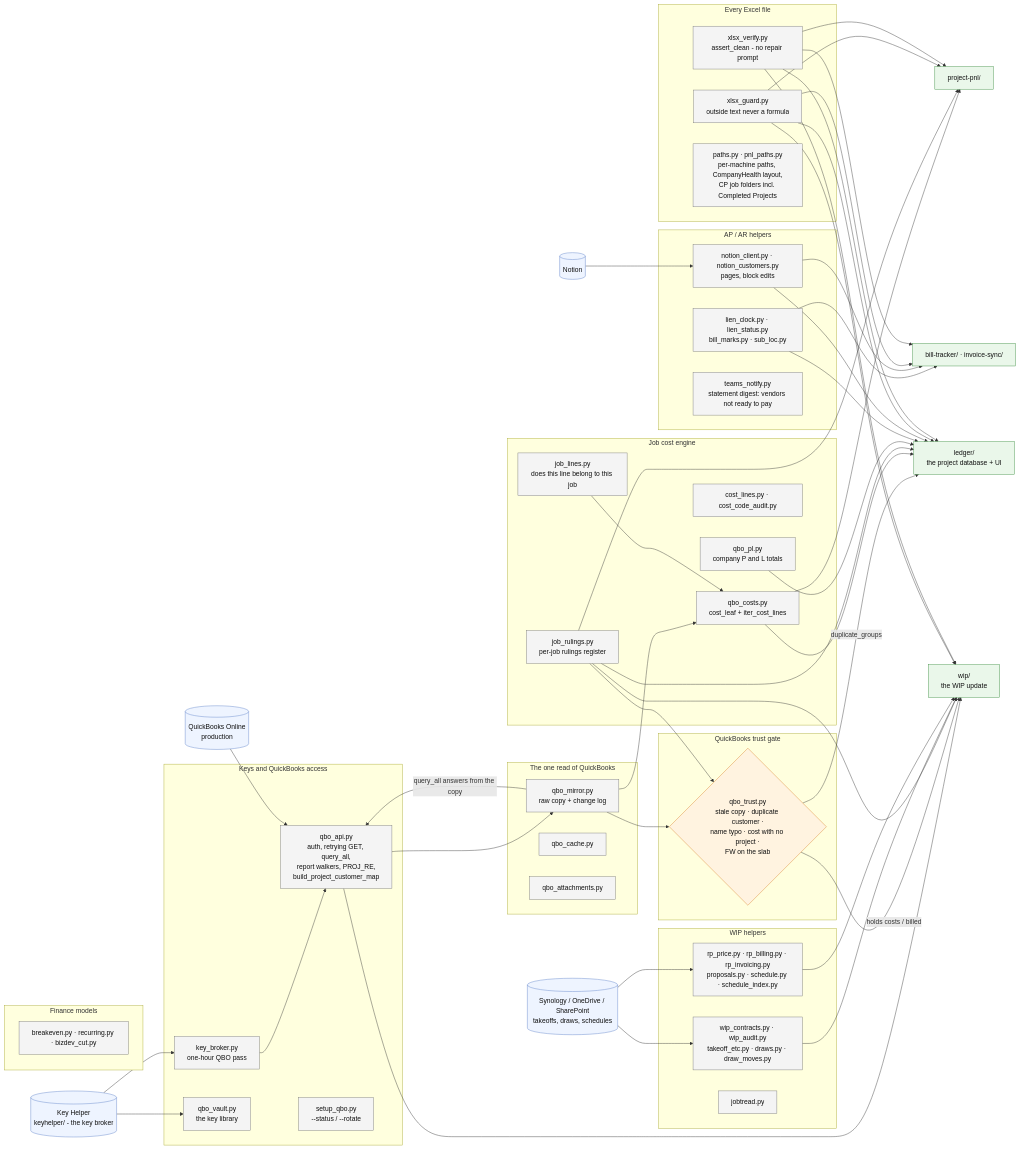
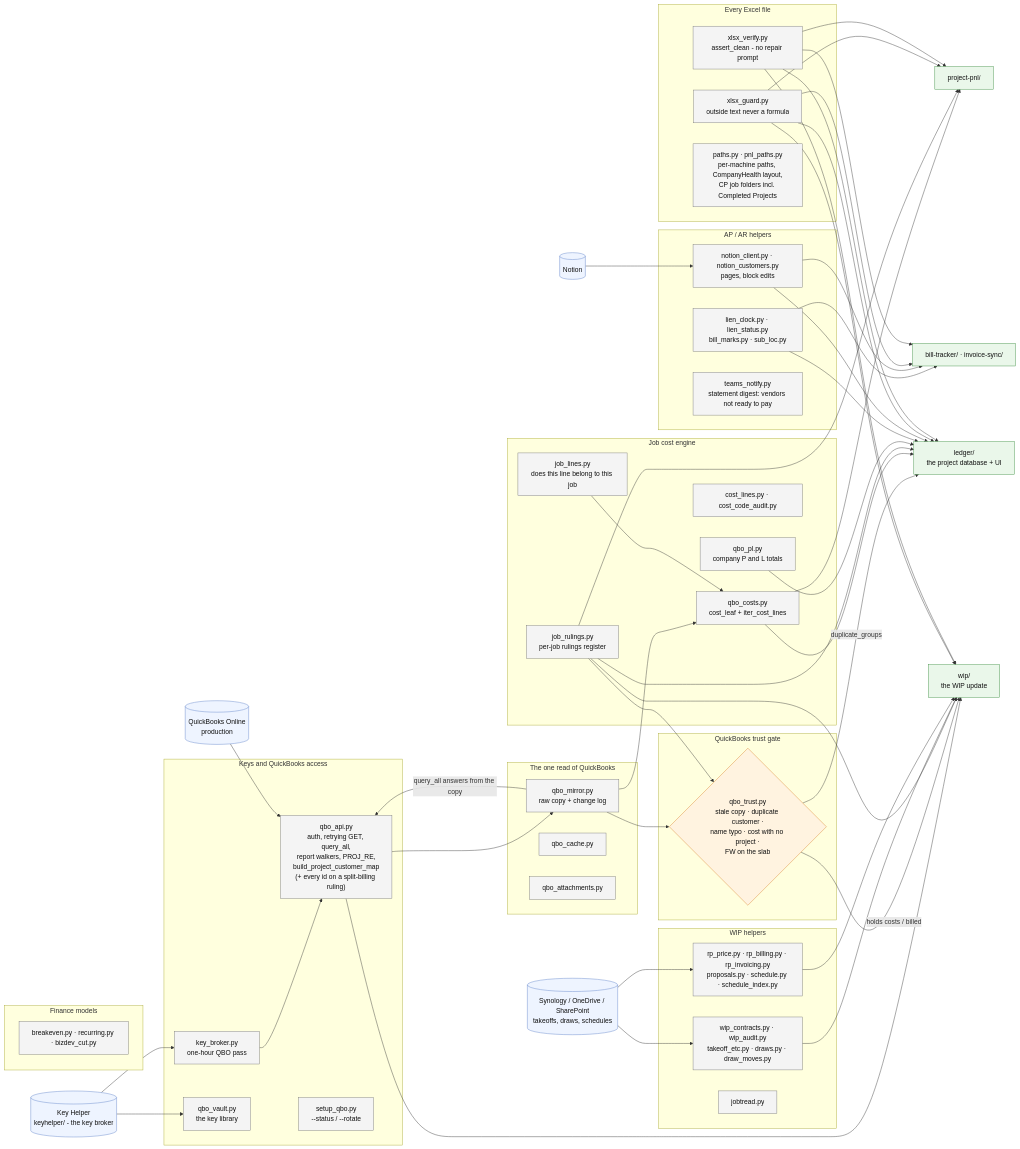
Before and after one commit to Ecarlo-Proficient/Claude-Report: the diagram in shared/FLOW.md, drawn with Mermaid. The commit also changed other lines of this file and 18 other files, not shown here.

First line of the commit message:
Split billing (owner ruling 10/01, RP7401-FTW): a customers:all job ruling makes the customer map, cost pull, invoice pulls, WIP readers and trust gate treat every QBO customer of the job as one job; one-offs/common_year_audit.py

```diff
--- a/shared/FLOW.md
+++ b/shared/FLOW.md
@@ -30,7 +36,7 @@
     subgraph KEYS["Keys and QuickBooks access"]
         KB["key_broker.py<br/>one-hour QBO pass"]:::mod
         VAULT["qbo_vault.py<br/>the key library"]:::mod
-        API["qbo_api.py<br/>auth, retrying GET, query_all,<br/>report walkers, PROJ_RE,<br/>build_project_customer_map"]:::mod
+        API["qbo_api.py<br/>auth, retrying GET, query_all,<br/>report walkers, PROJ_RE,<br/>build_project_customer_map<br/>(+ every id on a split-billing ruling)"]:::mod
         SETUP["setup_qbo.py<br/>--status / --rotate"]:::mod
     end
     KH --> KB --> API
```
